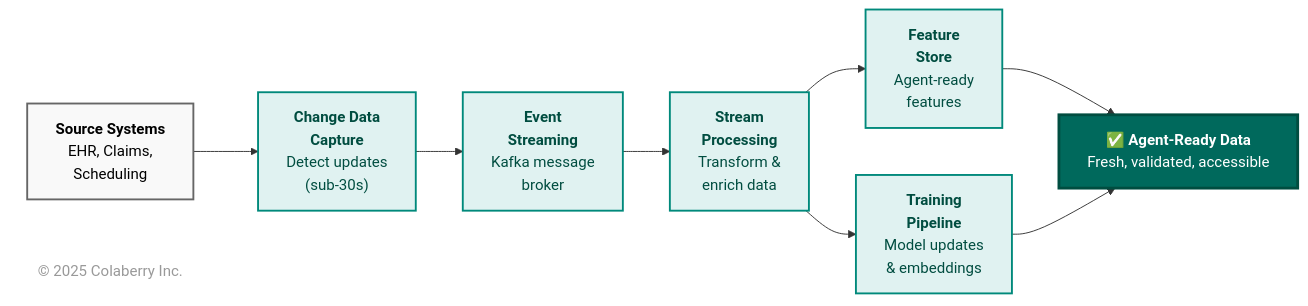
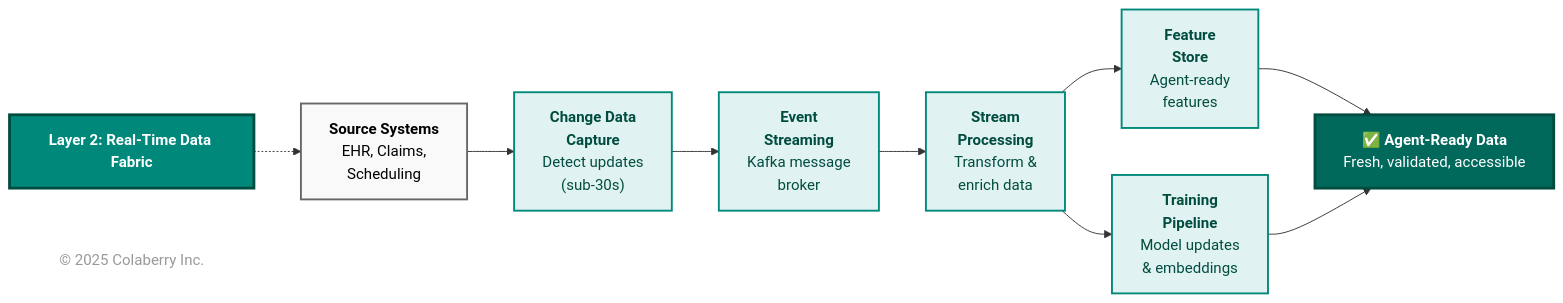
Before and after one commit to colaberry/enterprise-data-readiness-ai-agents: the fifth of 18 diagrams in chapter-01/chapter_1_complete.md, drawn with Mermaid. The commit also changed other lines of this file, not shown here.

First line of the commit message:
chapter 1 diagrams restructured

````diff
--- a/chapter-01/chapter_1_complete.md
+++ b/chapter-01/chapter_1_complete.md
@@ -678,37 +682,41 @@
 ```mermaid
 graph LR
+    TITLE["<b>Layer 2: Real-Time Data Fabric</b>"]
+    
     S["<b>Source Systems</b><br/>EHR, Claims,<br/>Scheduling"]
     
     CDC["<b>Change Data<br/>Capture</b><br/>Detect updates<br/>(sub-30s)"]
     
     STREAM["<b>Event<br/>Streaming</b><br/>Kafka message<br/>broker"]
     
     PROC["<b>Stream<br/>Processing</b><br/>Transform &<br/>enrich data"]
     
     FS["<b>Feature<br/>Store</b><br/>Agent-ready<br/>features"]
     
     TRAIN["<b>Training<br/>Pipeline</b><br/>Model updates<br/>& embeddings"]
     
     READY["<b>✅ Agent-Ready Data</b><br/>Fresh, validated, accessible"]
     
+    TITLE -.-> S
     S --> CDC
     CDC --> STREAM
     STREAM --> PROC
     PROC --> FS
     PROC --> TRAIN
     FS --> READY
     TRAIN --> READY
     
+    style TITLE fill:#00897b,color:#ffffff,stroke:#004d40,stroke-width:3px,font-size:16px
     style S fill:#f9f9f9,stroke:#666666,stroke-width:2px,color:#000000
     style CDC fill:#e0f2f1,stroke:#00897b,stroke-width:2px,color:#004d40
     style STREAM fill:#e0f2f1,stroke:#00897b,stroke-width:2px,color:#004d40
     style PROC fill:#e0f2f1,stroke:#00897b,stroke-width:2px,color:#004d40
     style FS fill:#e0f2f1,stroke:#00897b,stroke-width:2px,color:#004d40
     style TRAIN fill:#e0f2f1,stroke:#00897b,stroke-width:2px,color:#004d40
     style READY fill:#00695c,color:#ffffff,stroke:#004d40,stroke-width:3px
 
     %% Copyright Notice
     CR["© 2025 Colaberry Inc."]
     style CR fill:none,stroke:none,color:#999999
 
 ```
````
